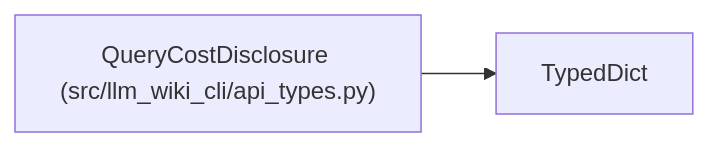
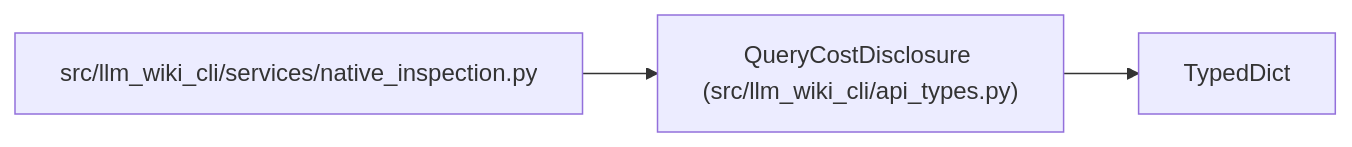
One commit to Denissvgn/python-wiki-llm changed the diagram in docs/llm_wiki/entities/QueryCostDisclosure.md. Above: the diagram before and after it, drawn with Mermaid. The commit also changed other lines of this file and 398 other files, not shown here.

````diff
--- a/docs/llm_wiki/entities/QueryCostDisclosure.md
+++ b/docs/llm_wiki/entities/QueryCostDisclosure.md
@@ -27,7 +27,10 @@
 ```mermaid
 flowchart LR
     n0["QueryCostDisclosure (src/llm_wiki_cli/api_types.py)"]
     n1["TypedDict"]
+    n2["src/llm_wiki_cli/services/native_inspection.py"]
     n0 --> n1
+    n2 --> n0
     click n0 "../modules/api_types.md"
+    click n2 "../modules/native_inspection.md"
 ```
````
